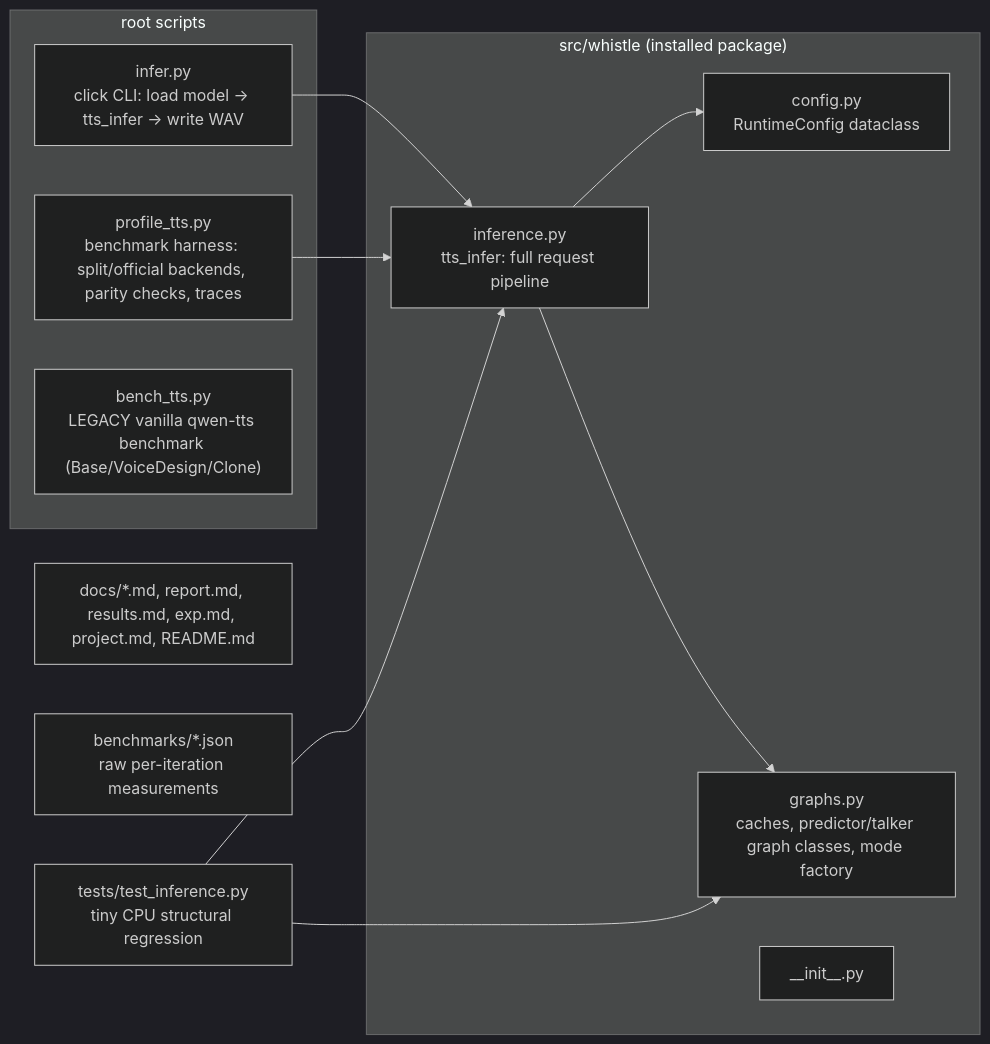
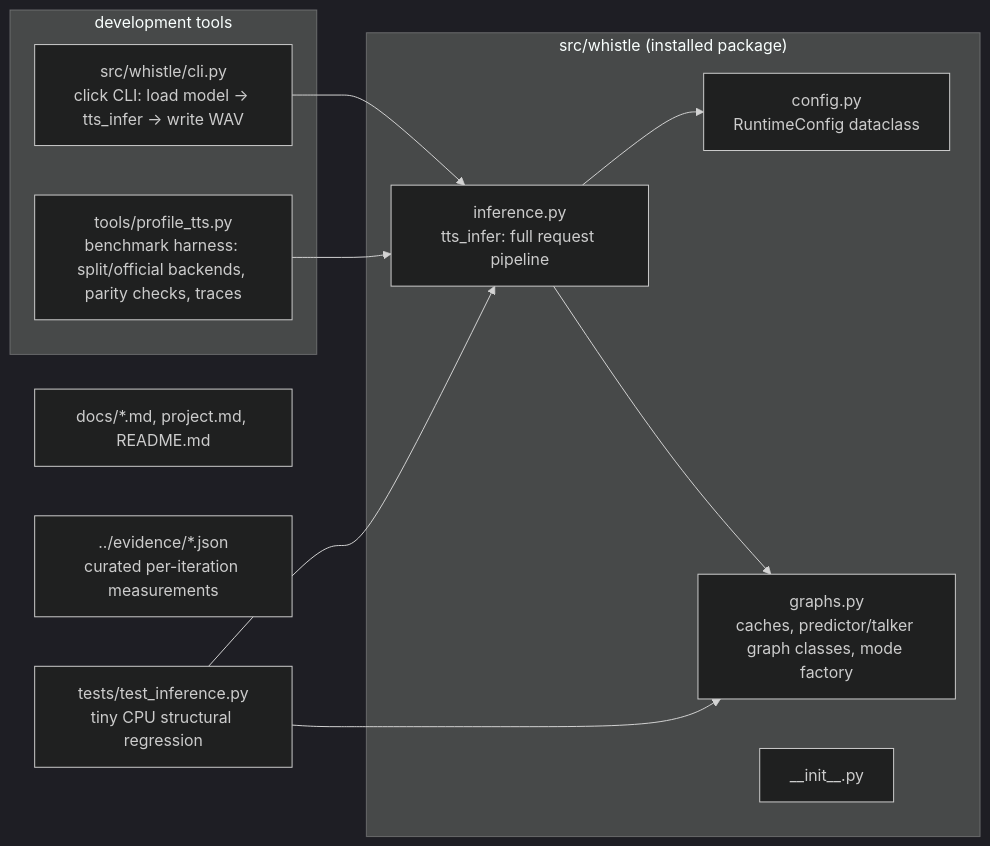
Before and after one commit to kelechi-c/whistle: the second of 9 diagrams in docs/technical_deep_dive.md, drawn with Mermaid (dark theme). The commit also changed other lines of this file and 68 other files, not shown here.

First line of the commit message:
refactor(repo): split runtime, tools, docs, and evidence into shipping paths

````diff
--- a/docs/technical_deep_dive.md
+++ b/docs/technical_deep_dive.md
@@ -146,24 +146,23 @@
 ```mermaid
 flowchart LR
     subgraph pkg["src/whistle (installed package)"]
         CFG["config.py<br/>RuntimeConfig dataclass"]
         INF["inference.py<br/>tts_infer: full request pipeline"]
         GR["graphs.py<br/>caches, predictor/talker graph classes, mode factory"]
         INI["__init__.py"]
     end
-    subgraph scripts["root scripts"]
-        CLI["infer.py<br/>click CLI: load model → tts_infer → write WAV"]
-        PROF["profile_tts.py<br/>benchmark harness: split/official backends, parity checks, traces"]
-        BENCH["bench_tts.py<br/>LEGACY vanilla qwen-tts benchmark (Base/VoiceDesign/Clone)"]
+    subgraph scripts["development tools"]
+        CLI["src/whistle/cli.py<br/>click CLI: load model → tts_infer → write WAV"]
+        PROF["tools/profile_tts.py<br/>benchmark harness: split/official backends, parity checks, traces"]
     end
     TESTS["tests/test_inference.py<br/>tiny CPU structural regression"]
-    DOCS["docs/*.md, report.md, results.md, exp.md, project.md, README.md"]
-    B["benchmarks/*.json<br/>raw per-iteration measurements"]
+    DOCS["docs/*.md, project.md, README.md"]
+    B["../evidence/*.json<br/>curated per-iteration measurements"]
 
     CLI --> INF
     PROF --> INF
     INF --> GR
     INF --> CFG
     TESTS --> INF
     TESTS --> GR
 ```
````
